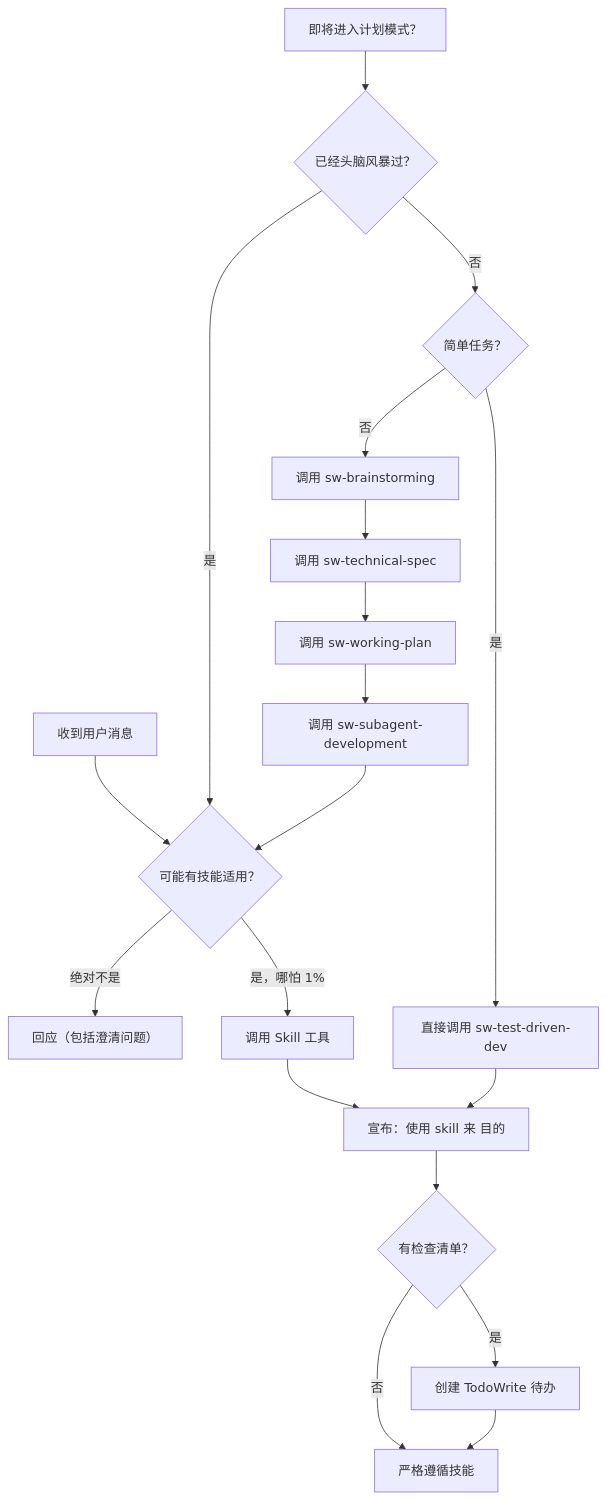
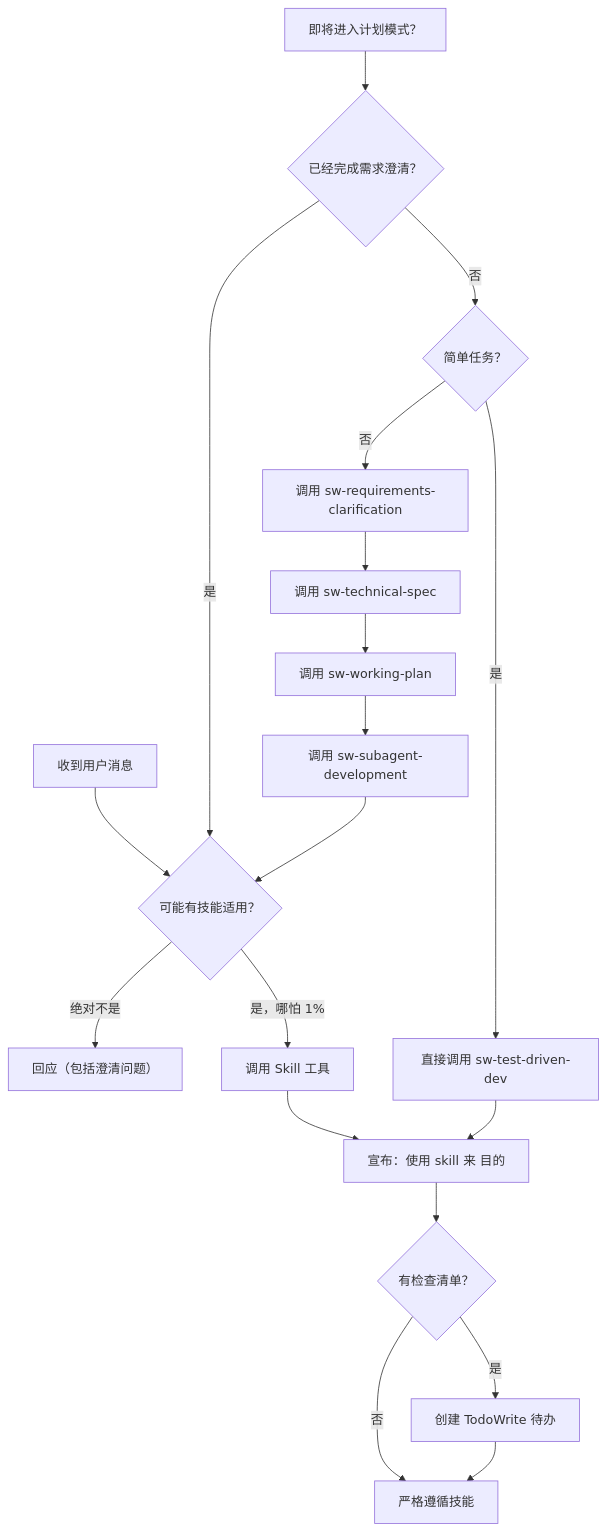
One commit to vaycentsun/sw-agiledevelopment changed the diagram in sw-using-superpowers/SKILL.md. Above: the diagram before and after it, drawn with Mermaid. The commit also changed other lines of this file and 18 other files, not shown here.

First line of the commit message:
rename: sw-brainstorming -> sw-requirements-clarification

````diff
--- a/sw-using-superpowers/SKILL.md
+++ b/sw-using-superpowers/SKILL.md
@@ -84,21 +84,21 @@
 ```mermaid
 flowchart TD
     Start1[收到用户消息] --> Check{可能有技能适用？}
-    Start2[即将进入计划模式？] --> Brainstormed{已经头脑风暴过？}
-    Brainstormed -->|否| Simple{简单任务？}
-    Brainstormed -->|是| Check
+    Start2[即将进入计划模式？] --> RequirementsClarified{已经完成需求澄清？}
+    RequirementsClarified -->|否| Simple{简单任务？}
+    RequirementsClarified -->|是| Check
     Simple -->|是| InvokeTDD[直接调用 sw-test-driven-dev]
-    Simple -->|否| CallBrain[调用 sw-brainstorming]
+    Simple -->|否| CallBrain[调用 sw-requirements-clarification]
     CallBrain --> WriteSpec[调用 sw-technical-spec]
     WriteSpec --> CreatePlan[调用 sw-working-plan]
     CreatePlan --> Dev[调用 sw-subagent-development]
     Dev --> Check
     InvokeTDD --> Announce
     Check -->|是，哪怕 1%| Invoke[调用 Skill 工具]
     Check -->|绝对不是| Respond[回应（包括澄清问题）]
     Invoke --> Announce[宣布：使用 skill 来 目的]
     Announce --> HasChecklist{有检查清单？}
     HasChecklist -->|是| Todo[创建 TodoWrite 待办]
     HasChecklist -->|否| Follow[严格遵循技能]
     Todo --> Follow
 ```
````
